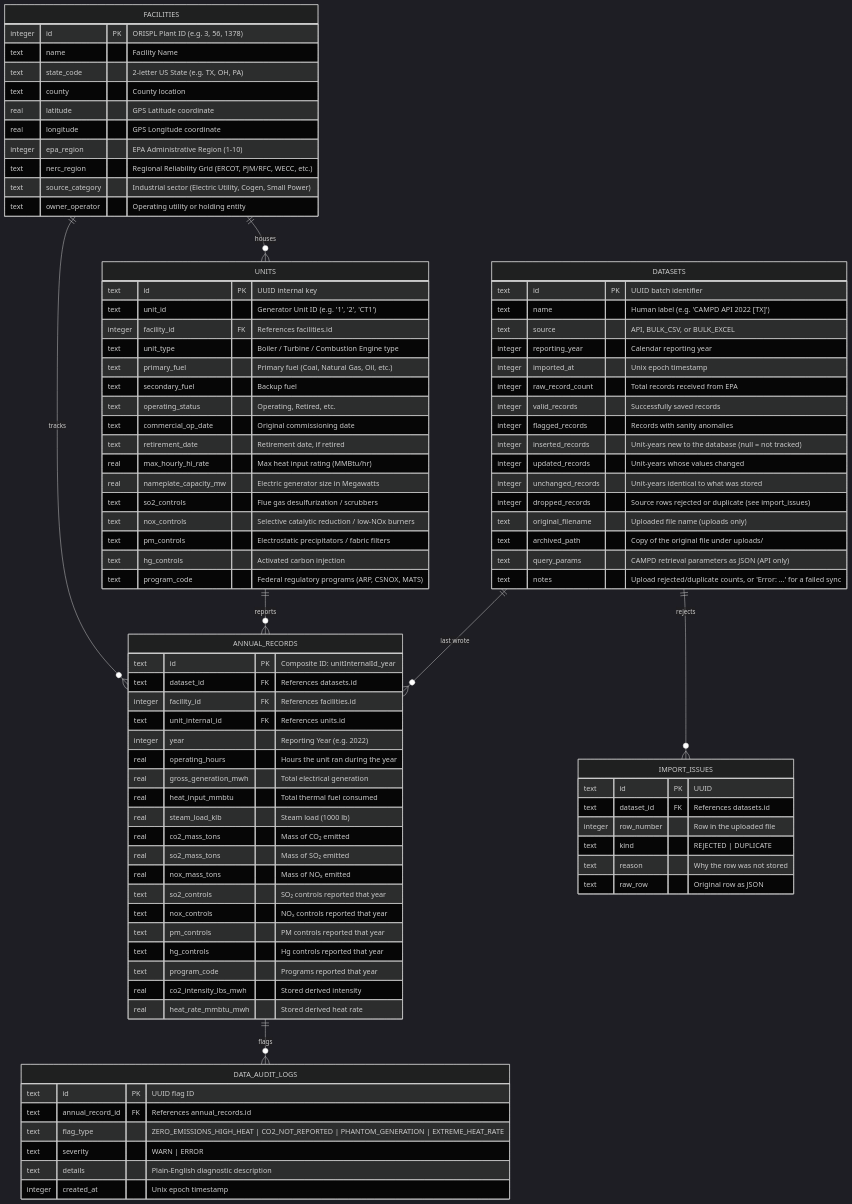
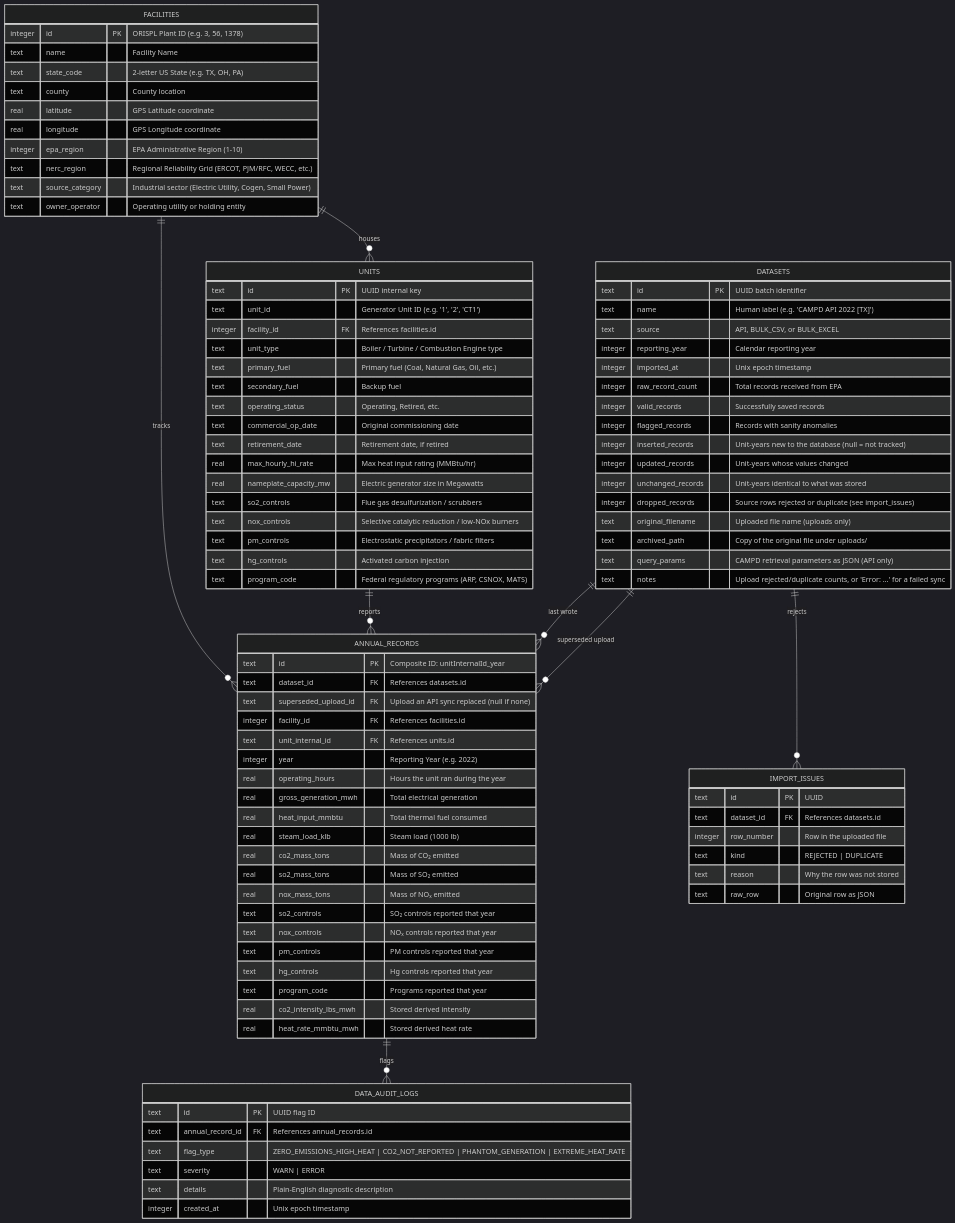
The second of 4 diagrams in DATABASE_BREAKDOWN.md (raajbanga/cs396-project), drawn with Mermaid (dark theme) before and after one commit. The commit also changed other lines of this file and 38 other files, not shown here.

```diff
--- a/DATABASE_BREAKDOWN.md
+++ b/DATABASE_BREAKDOWN.md
@@ -81,6 +81,7 @@
     DATASETS ||--o{ ANNUAL_RECORDS : "last wrote"
     ANNUAL_RECORDS ||--o{ DATA_AUDIT_LOGS : "flags"
     DATASETS ||--o{ IMPORT_ISSUES : "rejects"
+    DATASETS ||--o{ ANNUAL_RECORDS : "superseded upload"
 
     FACILITIES {
         integer id PK "ORISPL Plant ID (e.g. 3, 56, 1378)"
@@ -136,6 +137,7 @@
     ANNUAL_RECORDS {
         text id PK "Composite ID: unitInternalId_year"
         text dataset_id FK "References datasets.id"
+        text superseded_upload_id FK "Upload an API sync replaced (null if none)"
         integer facility_id FK "References facilities.id"
         text unit_internal_id FK "References units.id"
         integer year "Reporting Year (e.g. 2022)"
```
